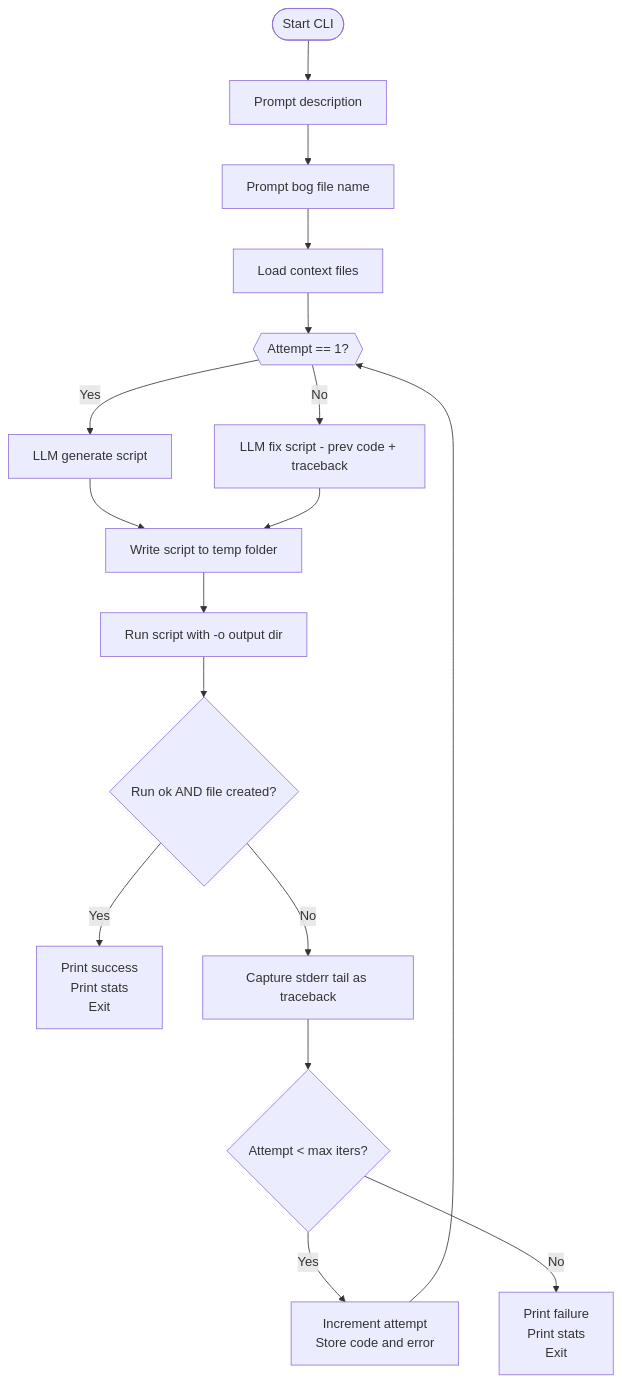
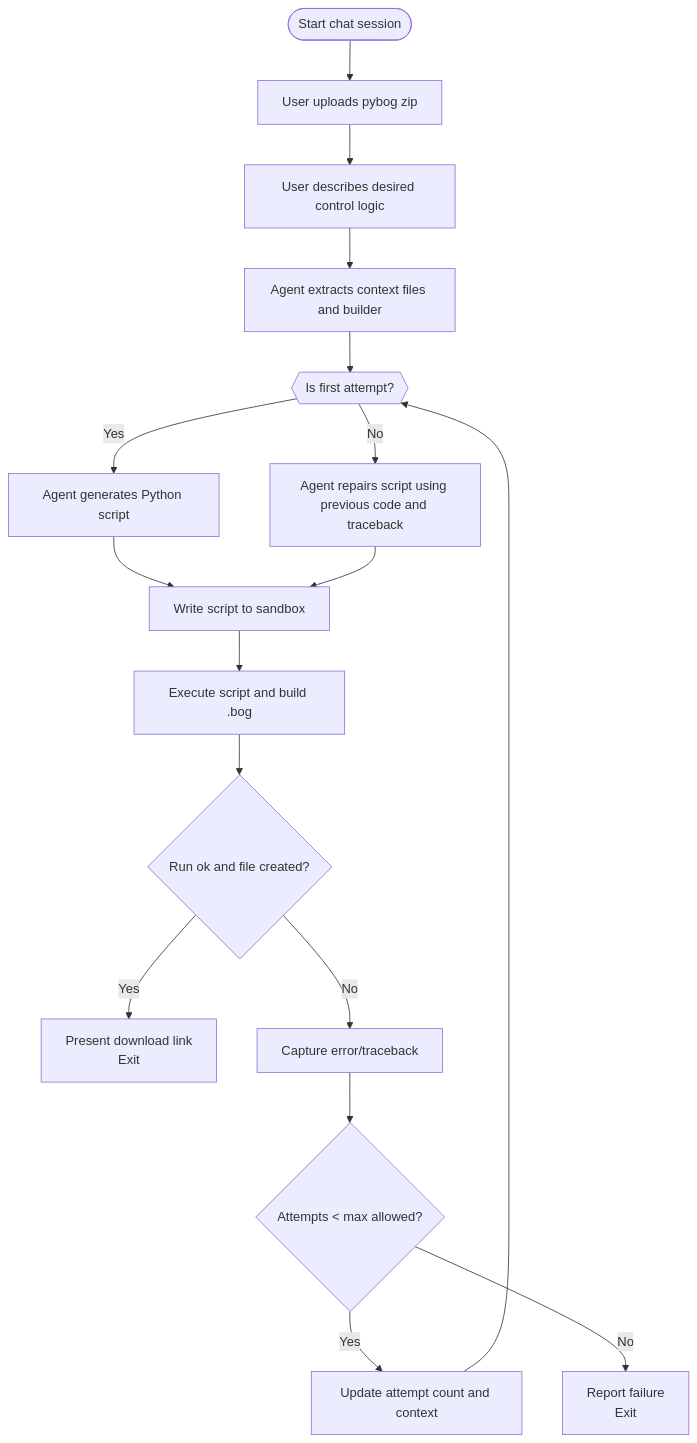
Before and after one commit to bbartling/pybog: the diagram in README.md, drawn with Mermaid. The commit also changed other lines of this file and 1 other file, not shown here.

Commit message:
agent mode added to readme

````diff
--- a/README.md
+++ b/README.md
@@ -290,25 +260,23 @@
 ```mermaid
 flowchart TD
-  start([Start CLI]) --> askDesc[Prompt description]
-  askDesc --> askName[Prompt bog file name]
-  askName --> loadCtx[Load context files]
-  loadCtx --> attempt{{Attempt == 1?}}
+  start([Start chat session]) --> upload[User uploads pybog zip]
+  upload --> describe[User describes desired control logic]
+  describe --> init[Agent extracts context files and builder]
+  init --> iterate{{Is first attempt?}}
 
-  attempt -- Yes --> gen[LLM generate script]
-  attempt -- No  --> fix[LLM fix script - prev code + traceback]
+  iterate -- Yes --> gen[Agent generates Python script]
+  iterate -- No  --> fix[Agent repairs script using previous code and traceback]
 
-  gen --> write[Write script to temp folder]
+  gen --> write[Write script to sandbox]
   fix --> write
 
-  write --> run[Run script with -o output dir]
-  run --> success{Run ok AND file created?}
+  write --> run[Execute script and build .bog]
+  run --> success{Run ok and file created?}
 
-  success -- Yes --> done[Print success\nPrint stats\nExit]
-  success -- No  --> cap[Capture stderr tail as traceback]
-  cap --> retry{Attempt < max iters?}
-
-  retry -- Yes --> incr[Increment attempt\nStore code and error]
-  incr --> attempt
-
-  retry -- No --> fail[Print failure\nPrint stats\nExit]
+  success -- Yes --> done[Present download link\nExit]
+  success -- No  --> cap[Capture error/traceback]
+  cap --> retry{Attempts < max allowed?}
+  retry -- Yes --> incr[Update attempt count and context]
+  incr --> iterate
+  retry -- No --> fail[Report failure\nExit]
 ```
````
